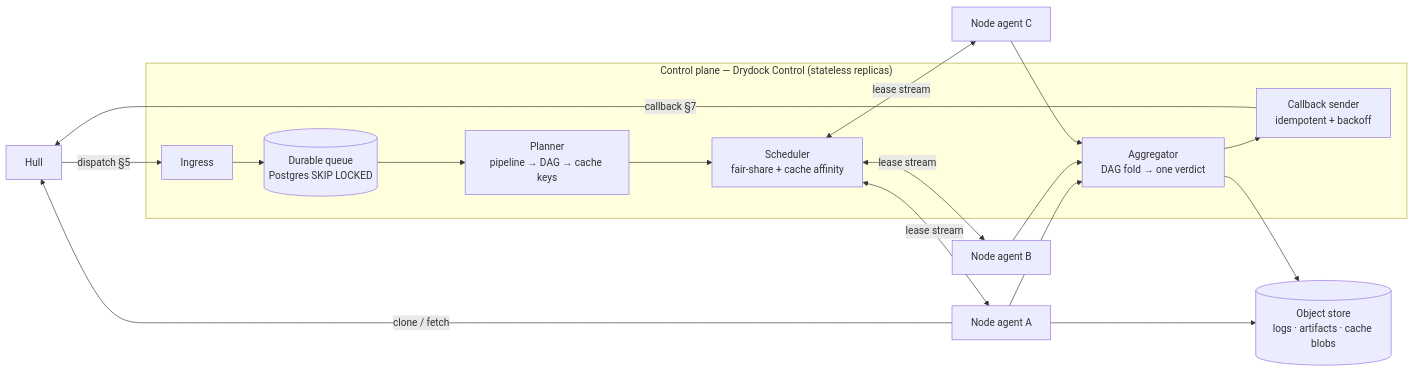
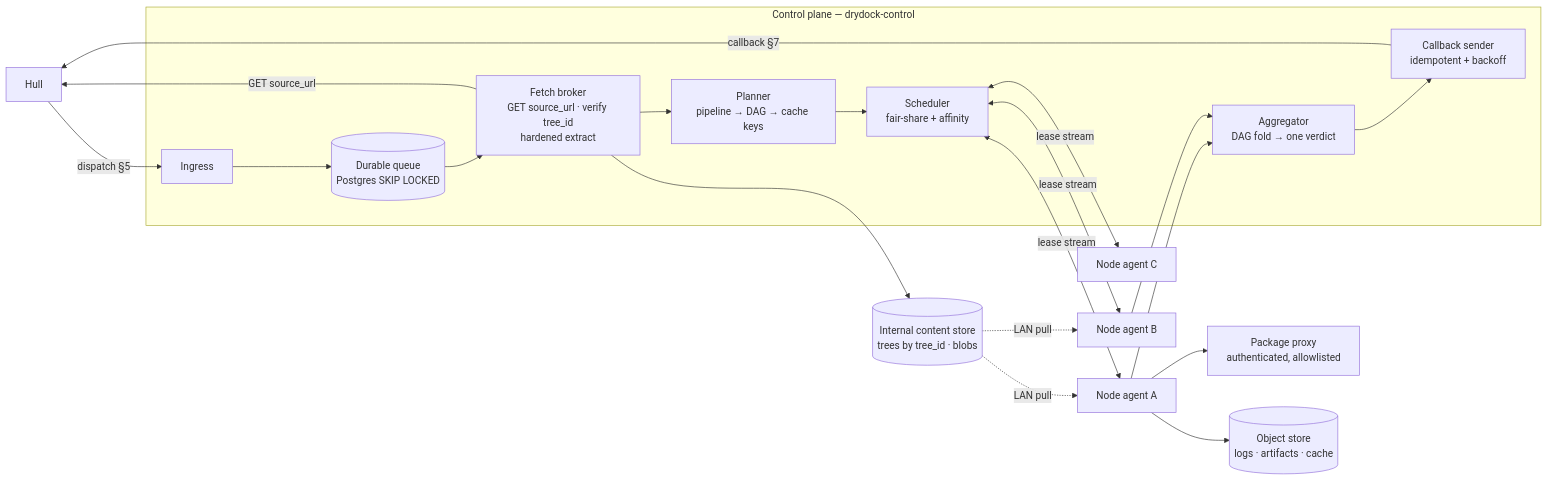
The diagram in docs/ci-runner-design.md (tankrap/hull), drawn with Mermaid before and after one commit. The commit also changed other lines of this file and 2 other files, not shown here.

````diff
--- a/docs/ci-runner-design.md
+++ b/docs/ci-runner-design.md
@@ -86,23 +237,26 @@
 ```mermaid
 flowchart LR
     H[Hull] -->|dispatch §5| ING[Ingress]
-    subgraph CP["Control plane — Drydock Control (stateless replicas)"]
+    subgraph CP["Control plane — drydock-control"]
       ING --> Q[(Durable queue<br/>Postgres SKIP LOCKED)]
+      FB[Fetch broker<br/>GET source_url · verify tree_id<br/>hardened extract]
       PLAN[Planner<br/>pipeline → DAG → cache keys]
-      SCHED[Scheduler<br/>fair-share + cache affinity]
+      SCHED[Scheduler<br/>fair-share + affinity]
       AGG[Aggregator<br/>DAG fold → one verdict]
       CB[Callback sender<br/>idempotent + backoff]
-      Q --> PLAN --> SCHED
+      Q --> FB --> PLAN --> SCHED
       AGG --> CB
     end
+    FB -->|GET source_url| H
+    FB --> CAS[(Internal content store<br/>trees by tree_id · blobs)]
     SCHED <-->|lease stream| N1[Node agent A]
     SCHED <-->|lease stream| N2[Node agent B]
     SCHED <-->|lease stream| N3[Node agent C]
+    CAS -.LAN pull.-> N1
+    CAS -.LAN pull.-> N2
     N1 --> AGG
     N2 --> AGG
-    N3 --> AGG
+    N1 --> PROXY[Package proxy<br/>authenticated, allowlisted]
+    N1 --> OBJ[(Object store<br/>logs · artifacts · cache)]
     CB -->|callback §7| H
-    N1 -->|clone / fetch| H
-    N1 --> OBJ[(Object store<br/>logs · artifacts · cache blobs)]
-    AGG --> OBJ
 ```
````
